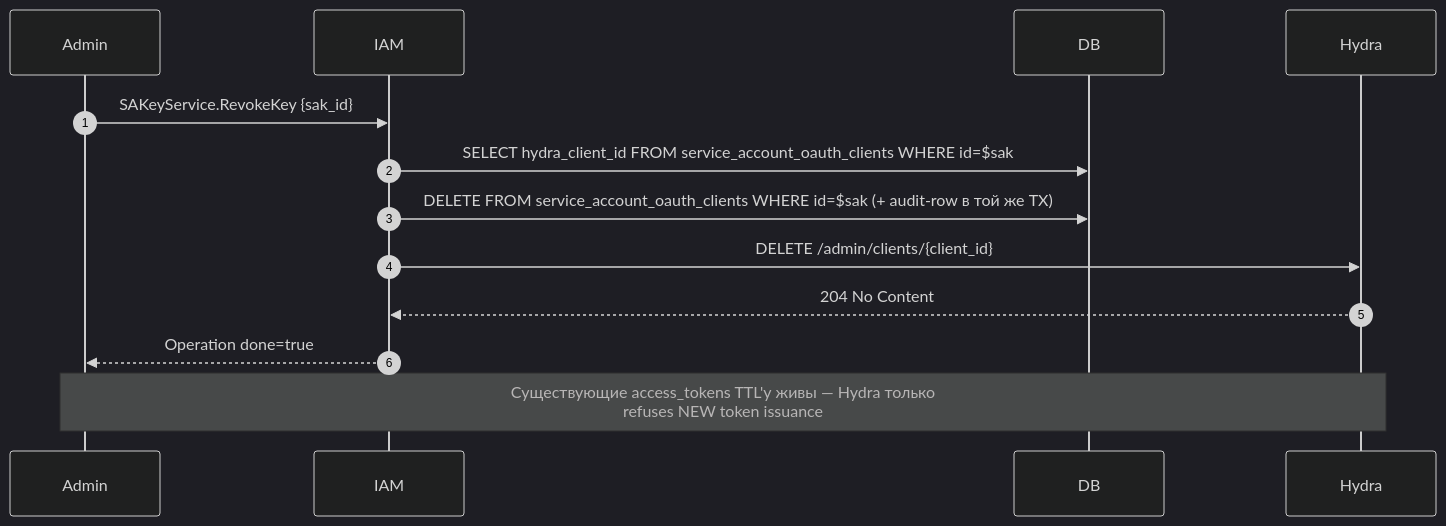
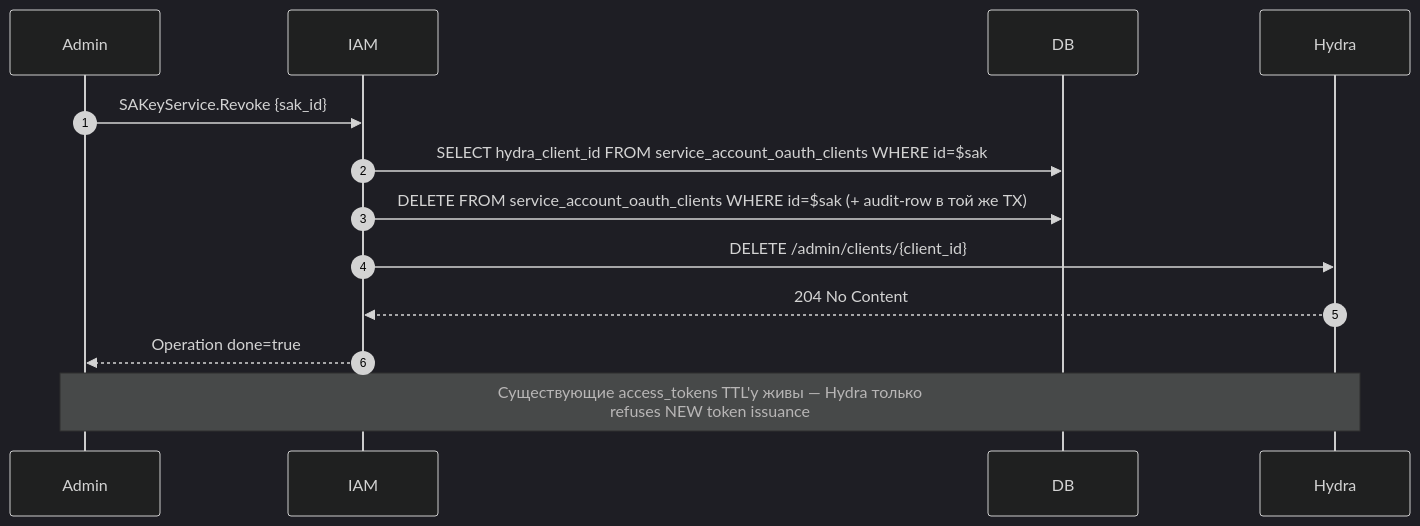
Before and after one commit to PRO-Robotech/kacho: the second of 2 diagrams in services/iam/docs/components/05-sa-keys.md, drawn with Mermaid (dark theme). The commit also changed other lines of this file and 36 other files, not shown here.

````diff
--- a/services/iam/docs/components/05-sa-keys.md
+++ b/services/iam/docs/components/05-sa-keys.md
@@ -143,16 +143,16 @@
 ```mermaid
 sequenceDiagram
     autonumber
     participant Admin
     participant IAM
     participant DB
     participant Hydra
 
-    Admin->>IAM: SAKeyService.RevokeKey {sak_id}
+    Admin->>IAM: SAKeyService.Revoke {sak_id}
     IAM->>DB: SELECT hydra_client_id FROM service_account_oauth_clients WHERE id=$sak
     IAM->>DB: DELETE FROM service_account_oauth_clients WHERE id=$sak (+ audit-row в той же TX)
     IAM->>Hydra: DELETE /admin/clients/{client_id}
     Hydra-->>IAM: 204 No Content
     IAM-->>Admin: Operation done=true
     Note over Admin,Hydra: Существующие access_tokens TTL'у живы — Hydra только<br/>refuses NEW token issuance
 ```
````
